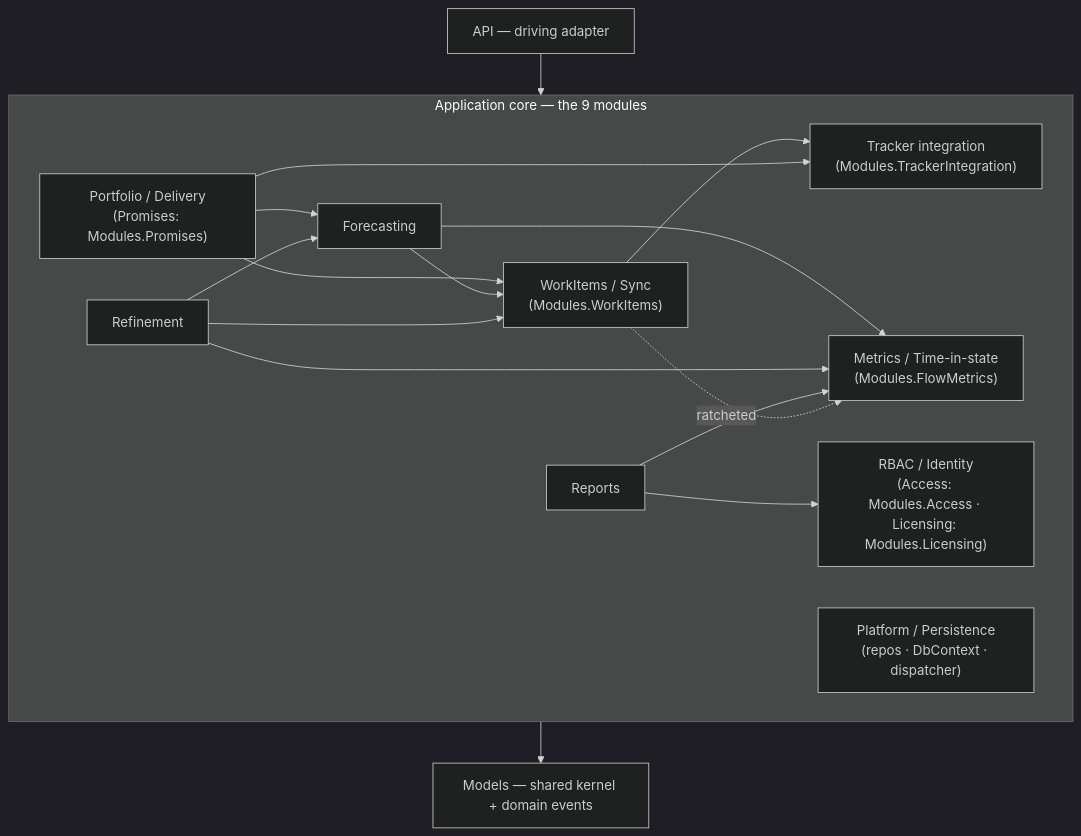
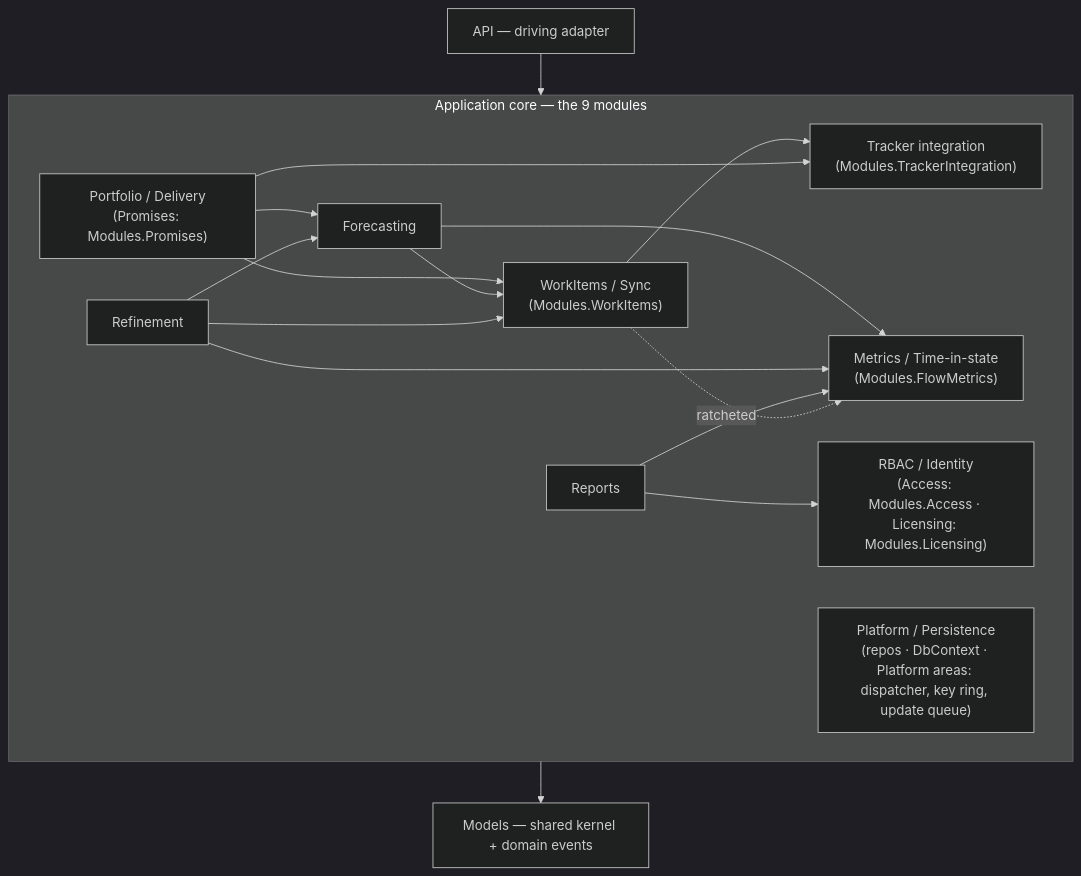
One commit to LetPeopleWork/Lighthouse changed the second of 4 diagrams in ARCHITECTURE.md. Above: the diagram before and after it, drawn with Mermaid (dark theme). The commit also changed other lines of this file and 2 other files, not shown here.

First line of the commit message:
docs(platform): finalize story 6364 S03f platform composition root

````diff
--- a/ARCHITECTURE.md
+++ b/ARCHITECTURE.md
@@ -113,30 +113,30 @@
 ```mermaid
 graph TD
   API["API — driving adapter"]
   subgraph CORE["Application core — the 9 modules"]
     WT["Tracker integration<br/>(Modules.TrackerIntegration)"]
     SYNC["WorkItems / Sync<br/>(Modules.WorkItems)"]
     FC["Forecasting"]
     PD["Portfolio / Delivery<br/>(Promises: Modules.Promises)"]
     MET["Metrics / Time-in-state<br/>(Modules.FlowMetrics)"]
     RBAC["RBAC / Identity<br/>(Access: Modules.Access · Licensing: Modules.Licensing)"]
-    PLAT["Platform / Persistence<br/>(repos · DbContext · dispatcher)"]
+    PLAT["Platform / Persistence<br/>(repos · DbContext · Platform areas: dispatcher, key ring, update queue)"]
     REF["Refinement"]
     REP["Reports"]
   end
   KERNEL["Models — shared kernel + domain events"]
   API --> CORE
   CORE --> KERNEL
   SYNC --> WT
   PD --> SYNC
   PD --> FC
   PD --> WT
   FC --> SYNC
   FC --> MET
   REF --> SYNC
   REF --> FC
   REF --> MET
   REP --> MET
   REP --> RBAC
   SYNC -.->|"ratcheted"| MET
 ```
````
